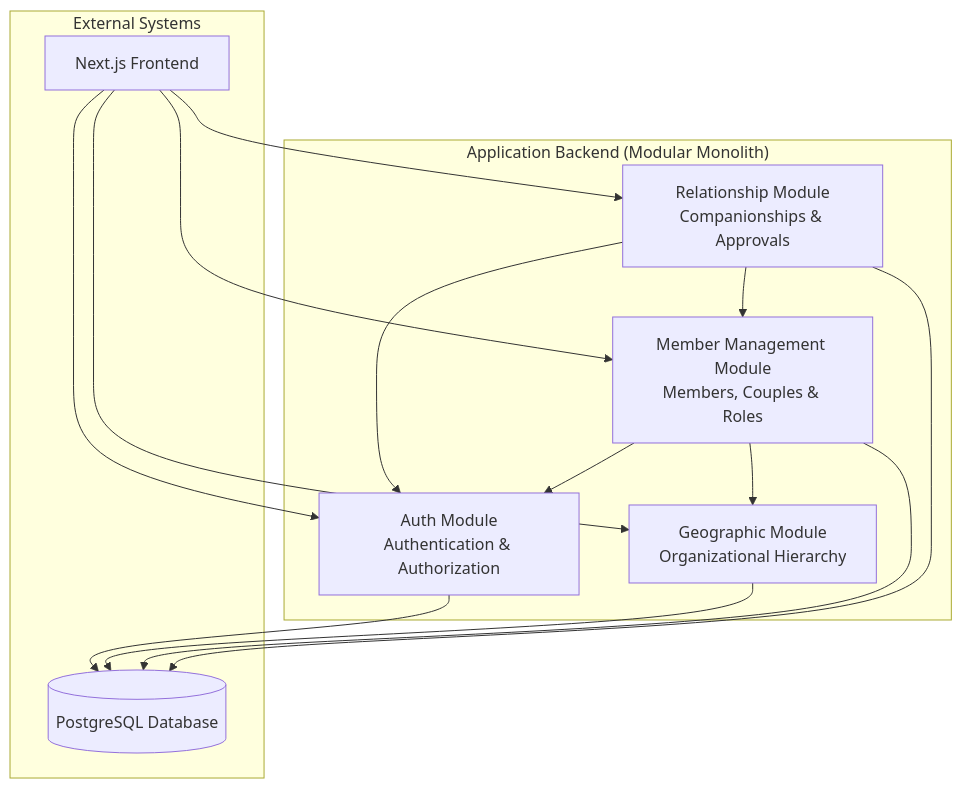
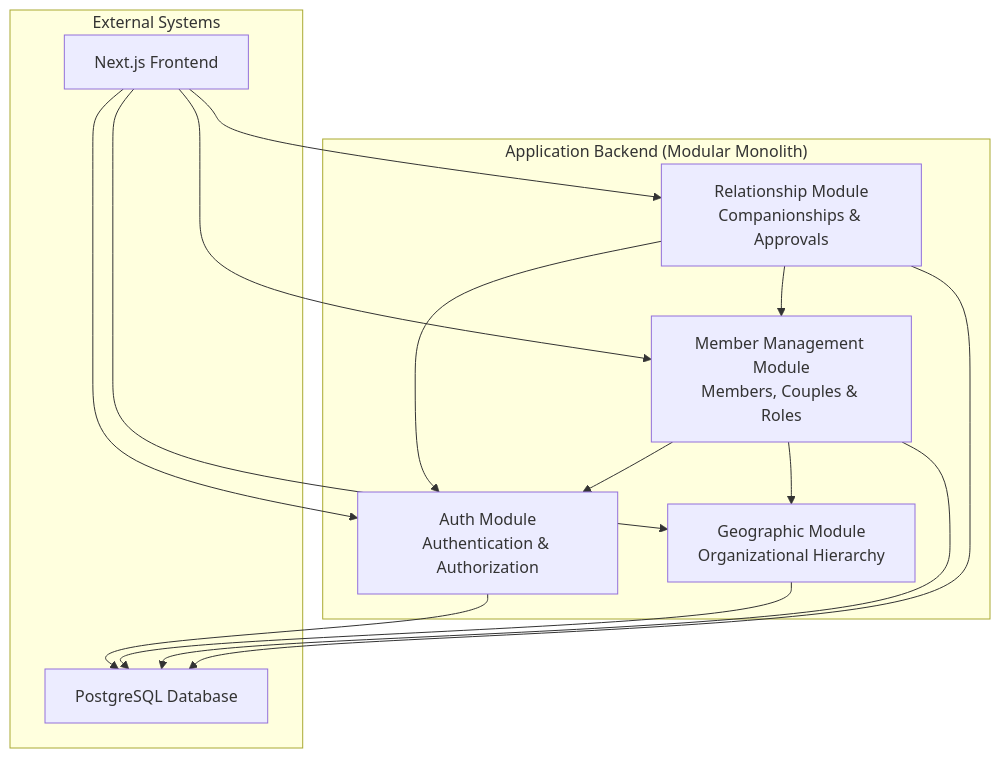
The second of 13 diagrams in docs/architecture.md (greg-latuszek/emma-companionship), drawn with Mermaid before and after one commit. The commit also changed other lines of this file, not shown here.

First line of the commit message:
realign Core Workflows section of Architecture with template (more diagrams)

````diff
--- a/docs/architecture.md
+++ b/docs/architecture.md
@@ -466,29 +468,29 @@
 ```mermaid
 graph TD
     subgraph "Application Backend (Modular Monolith)"
-        A[Auth Module<br/>Authentication & Authorization]
-        G[Geographic Module<br/>Organizational Hierarchy]
-        M[Member Management Module<br/>Members, Couples & Roles]
-        R[Relationship Module<br/>Companionships & Approvals]
+        A["Auth Module<br/>Authentication & Authorization"]
+        G["Geographic Module<br/>Organizational Hierarchy"]
+        M["Member Management Module<br/>Members, Couples & Roles"]
+        R["Relationship Module<br/>Companionships & Approvals"]
         
         R --> M
         R --> A
         M --> A
         M --> G
     end
     
     subgraph "External Systems"
-        DB[(PostgreSQL Database)]
-        UI[Next.js Frontend]
+        DB["PostgreSQL Database"]
+        UI["Next.js Frontend"]
     end
     
     A --> DB
     G --> DB
     M --> DB
     R --> DB
     
     UI --> A
     UI --> G
     UI --> M
     UI --> R
 ```
````
